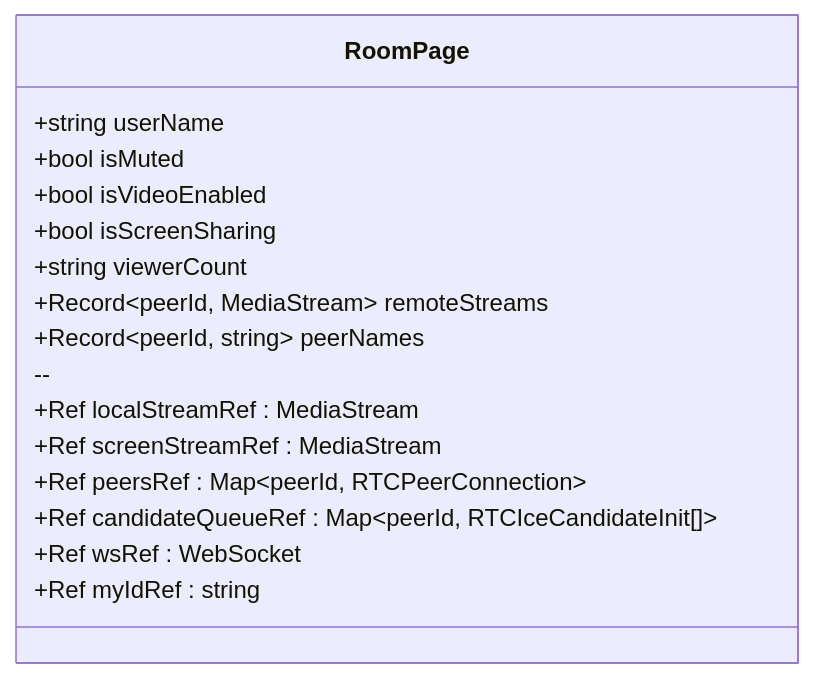
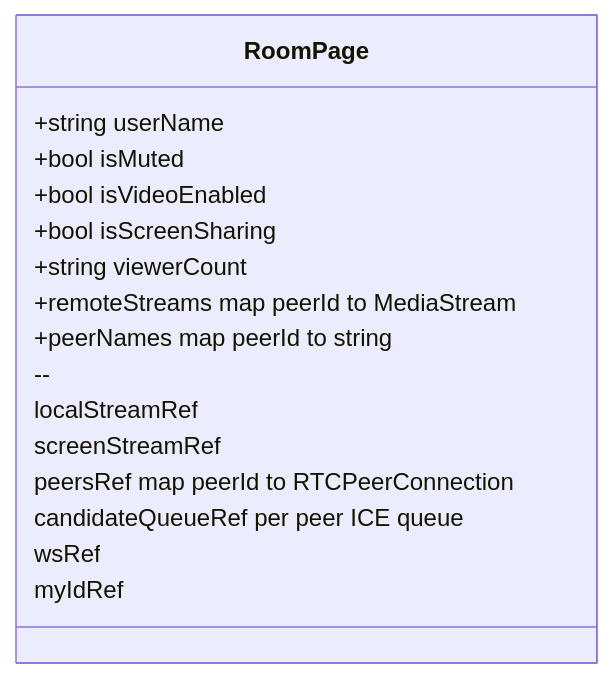
Before and after one commit to subhm2004/NexusRTC-Real-Time-Multi-Peer-Communication: the tenth of 11 diagrams in README.md, drawn with Mermaid. The commit also changed other lines of this file, not shown here.

````diff
--- a/README.md
+++ b/README.md
@@ -506,19 +503,19 @@
 ```mermaid
 classDiagram
   class RoomPage {
     +string userName
     +bool isMuted
     +bool isVideoEnabled
     +bool isScreenSharing
     +string viewerCount
-    +Record~peerId, MediaStream~ remoteStreams
-    +Record~peerId, string~ peerNames
+    +remoteStreams map peerId to MediaStream
+    +peerNames map peerId to string
     --
-    +Ref localStreamRef : MediaStream
-    +Ref screenStreamRef : MediaStream
-    +Ref peersRef : Map~peerId, RTCPeerConnection~
-    +Ref candidateQueueRef : Map~peerId, RTCIceCandidateInit[]~
-    +Ref wsRef : WebSocket
-    +Ref myIdRef : string
+    localStreamRef
+    screenStreamRef
+    peersRef map peerId to RTCPeerConnection
+    candidateQueueRef per peer ICE queue
+    wsRef
+    myIdRef
   }
 ```
````
